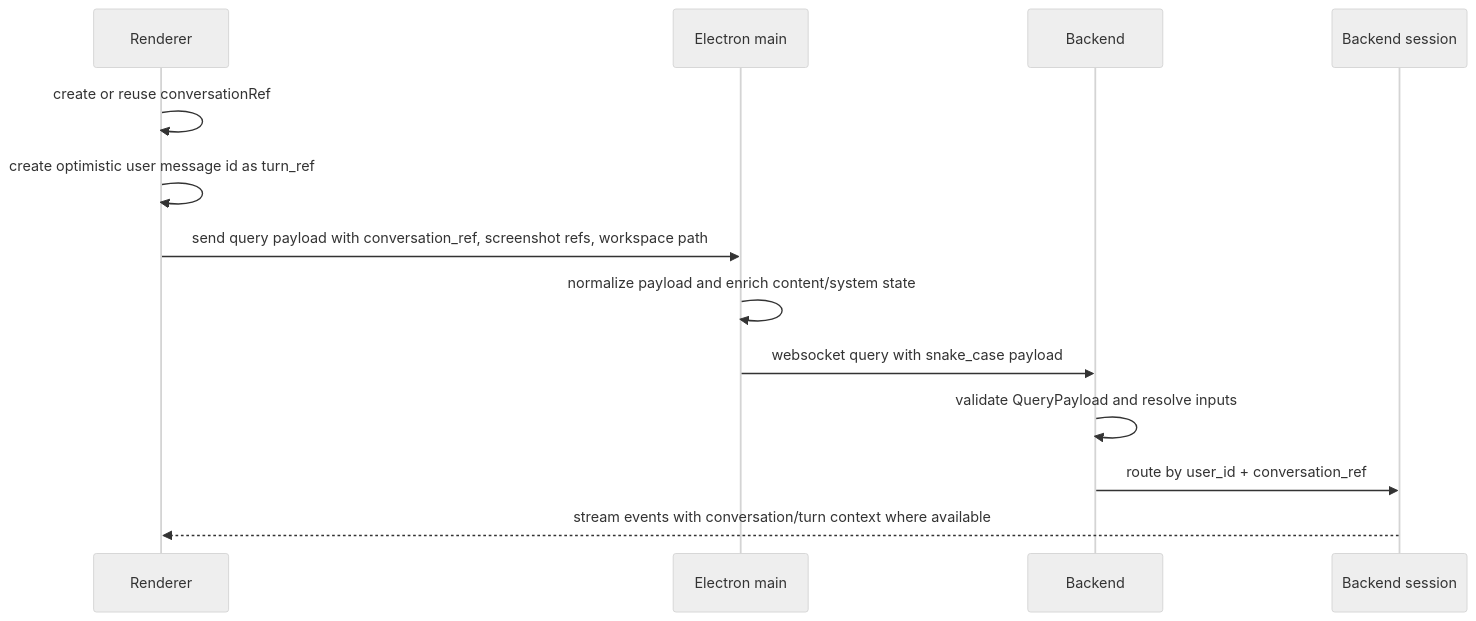
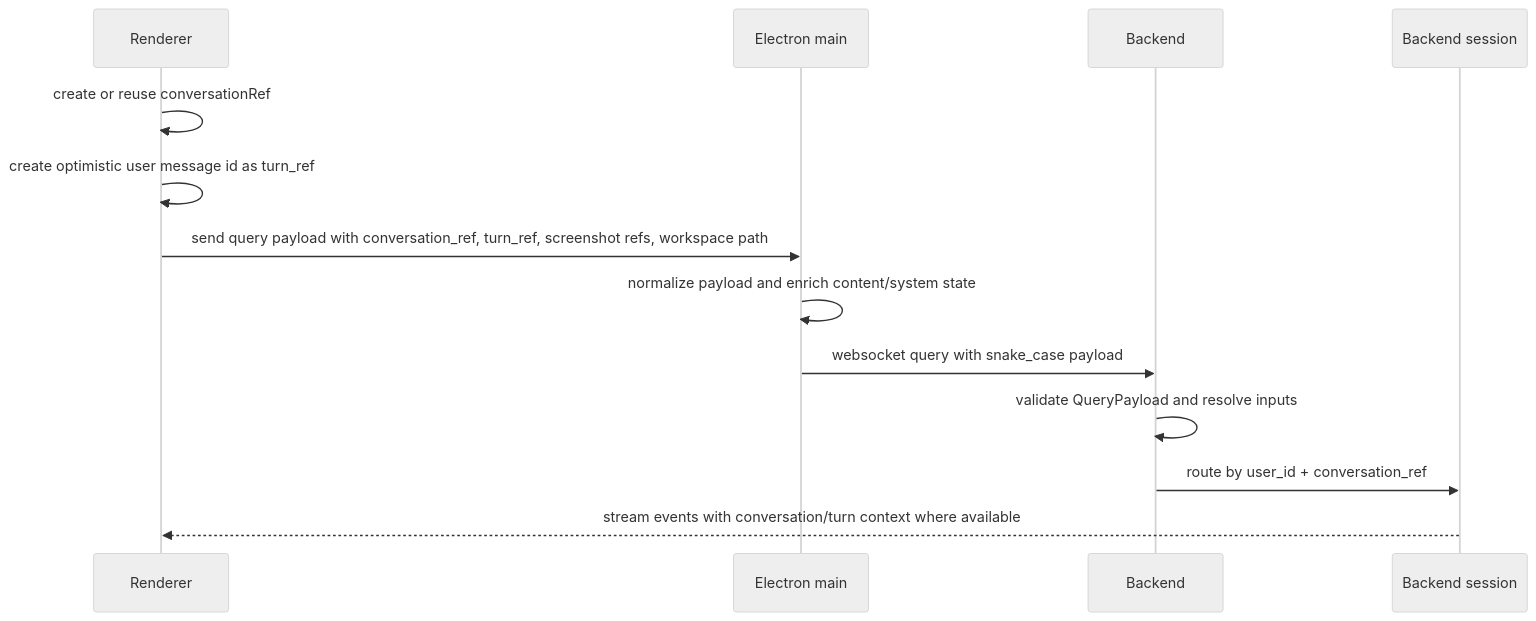
Before and after one commit to buiilding/My_Own_OpenClaw: the first of 2 diagrams in docs/reference/session_and_transcript_reference.md, drawn with Mermaid (neutral theme). The commit also changed other lines of this file and 5 other files, not shown here.

Commit message:
fix(frontend-sdk): forward desktop turn refs

````diff
--- a/docs/reference/session_and_transcript_reference.md
+++ b/docs/reference/session_and_transcript_reference.md
@@ -61,15 +61,15 @@
 ```mermaid
 sequenceDiagram
   participant Renderer
   participant Main as Electron main
   participant Backend
   participant Session as Backend session
   Renderer->>Renderer: create or reuse conversationRef
   Renderer->>Renderer: create optimistic user message id as turn_ref
-  Renderer->>Main: send query payload with conversation_ref, screenshot refs, workspace path
+  Renderer->>Main: send query payload with conversation_ref, turn_ref, screenshot refs, workspace path
   Main->>Main: normalize payload and enrich content/system state
   Main->>Backend: websocket query with snake_case payload
   Backend->>Backend: validate QueryPayload and resolve inputs
   Backend->>Session: route by user_id + conversation_ref
   Session-->>Renderer: stream events with conversation/turn context where available
 ```
````
